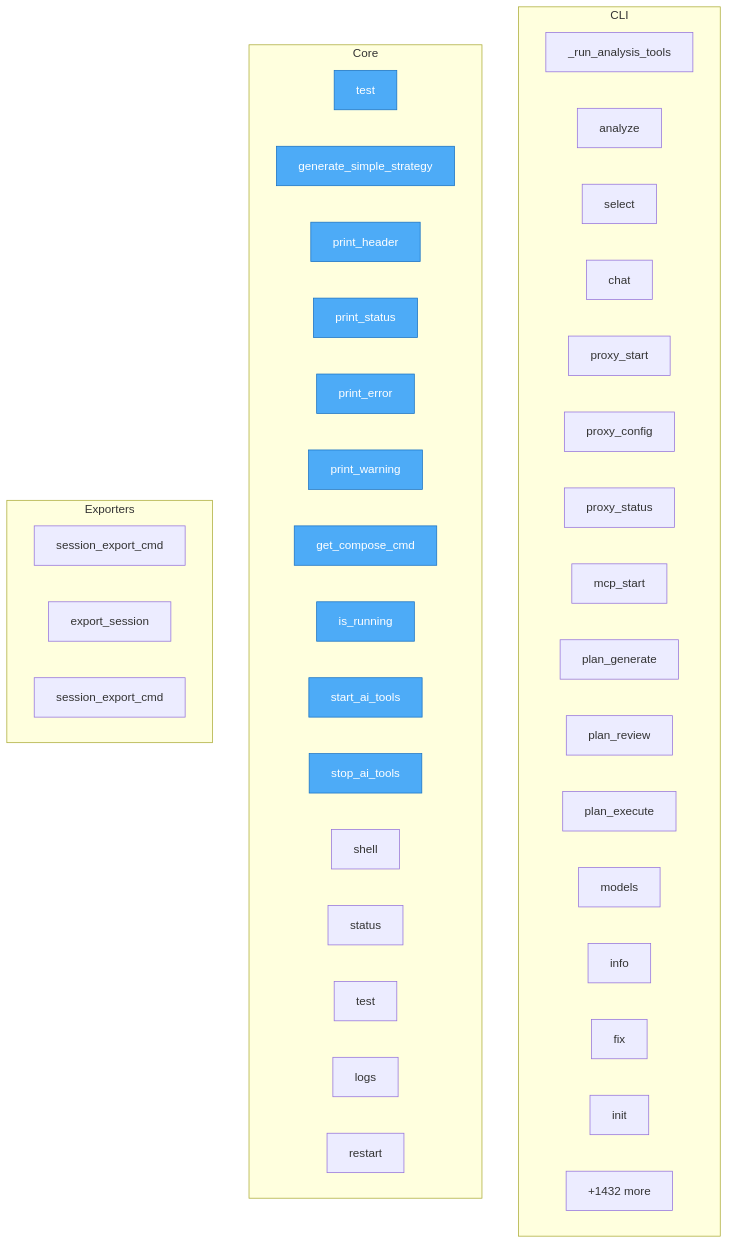
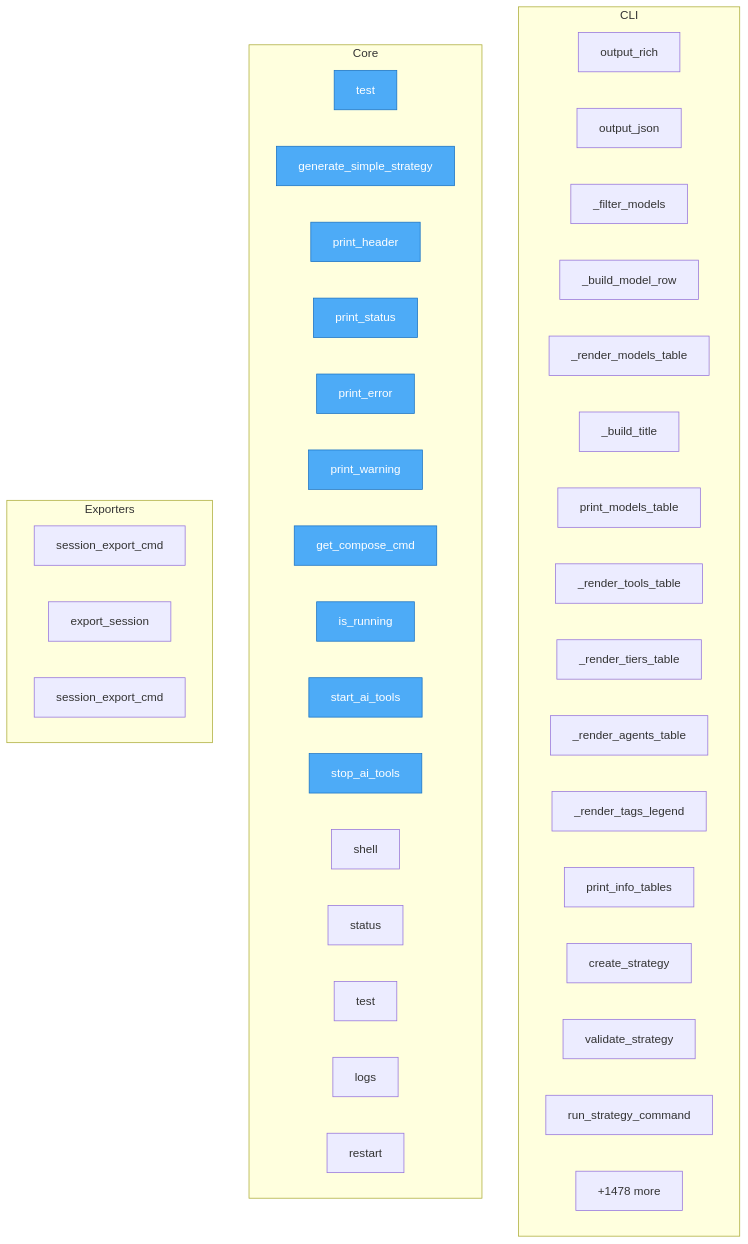
The diagram in project/flow.mmd (semcod/llx), drawn with Mermaid before and after one commit. The commit also changed 29 other files, not shown here.

```diff
--- a/project/flow.mmd
+++ b/project/flow.mmd
@@ -1,50 +1,50 @@
 flowchart TD
 
     %% Entry points (blue)
     classDef entry fill:#4dabf7,stroke:#1971c2,color:#fff
 
     subgraph CLI
-        llx__cli__app___run_analysis_tools["_run_analysis_tools"]
-        llx__cli__app__analyze["analyze"]
-        llx__cli__app__select["select"]
-        llx__cli__app__chat["chat"]
-        llx__cli__app__proxy_start["proxy_start"]
-        llx__cli__app__proxy_config["proxy_config"]
-        llx__cli__app__proxy_status["proxy_status"]
-        llx__cli__app__mcp_start["mcp_start"]
-        llx__cli__app__plan_generate["plan_generate"]
-        llx__cli__app__plan_review["plan_review"]
-        llx__cli__app__plan_execute["plan_execute"]
-        llx__cli__app__models["models"]
-        llx__cli__app__info["info"]
-        llx__cli__app__fix["fix"]
-        llx__cli__app__init["init"]
-        ...["+23 more"]
+        llx__cli__formatters__output_rich["output_rich"]
+        llx__cli__formatters__output_json["output_json"]
+        llx__cli__formatters___filter_models["_filter_models"]
+        llx__cli__formatters___build_model_row["_build_model_row"]
+        llx__cli__formatters___render_models_table["_render_models_table"]
+        llx__cli__formatters___build_title["_build_title"]
+        llx__cli__formatters__print_models_table["print_models_table"]
+        llx__cli__formatters___render_tools_table["_render_tools_table"]
+        llx__cli__formatters___render_tiers_table["_render_tiers_table"]
+        llx__cli__formatters___render_agents_table["_render_agents_table"]
+        llx__cli__formatters___render_tags_legend["_render_tags_legend"]
+        llx__cli__formatters__print_info_tables["print_info_tables"]
+        llx__cli__strategy_commands__create_strategy["create_strategy"]
+        llx__cli__strategy_commands__validate_strategy["validate_strategy"]
+        llx__cli__strategy_commands__run_strategy_command["run_strategy_command"]
+        ...["+25 more"]
     end
 
     subgraph Core
         trace__test["test"]
         simple_generate__generate_simple_strategy["generate_simple_strategy"]
         ai_tools_manage__print_header["print_header"]
         ai_tools_manage__print_status["print_status"]
         ai_tools_manage__print_error["print_error"]
         ai_tools_manage__print_warning["print_warning"]
         ai_tools_manage__get_compose_cmd["get_compose_cmd"]
         ai_tools_manage__is_running["is_running"]
         ai_tools_manage__start_ai_tools["start_ai_tools"]
         ai_tools_manage__stop_ai_tools["stop_ai_tools"]
         ai_tools_manage__shell["shell"]
         ai_tools_manage__status["status"]
         ai_tools_manage__test["test"]
         ai_tools_manage__logs["logs"]
         ai_tools_manage__restart["restart"]
-        ...["+1432 more"]
+        ...["+1478 more"]
     end
 
     subgraph Exporters
         llx__prellm__cli__session_export_cmd["session_export_cmd"]
         llx__prellm__context__user_memory__UserMemory__export_session["export_session"]
         project__map__toon__session_export_cmd["session_export_cmd"]
     end
 
     class trace__test,simple_generate__generate_simple_strategy,ai_tools_manage__print_header,ai_tools_manage__print_status,ai_tools_manage__print_error,ai_tools_manage__print_warning,ai_tools_manage__get_compose_cmd,ai_tools_manage__is_running,ai_tools_manage__start_ai_tools,ai_tools_manage__stop_ai_tools entry
```
